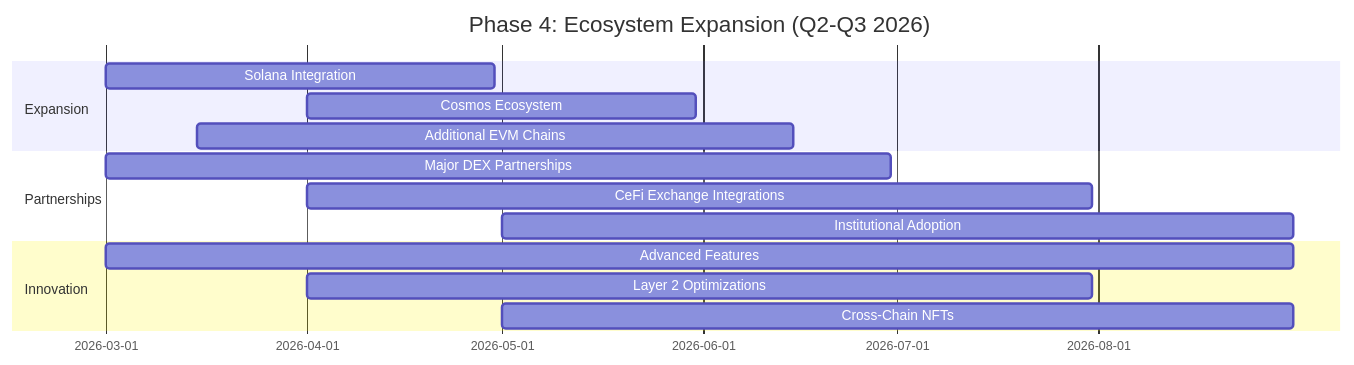
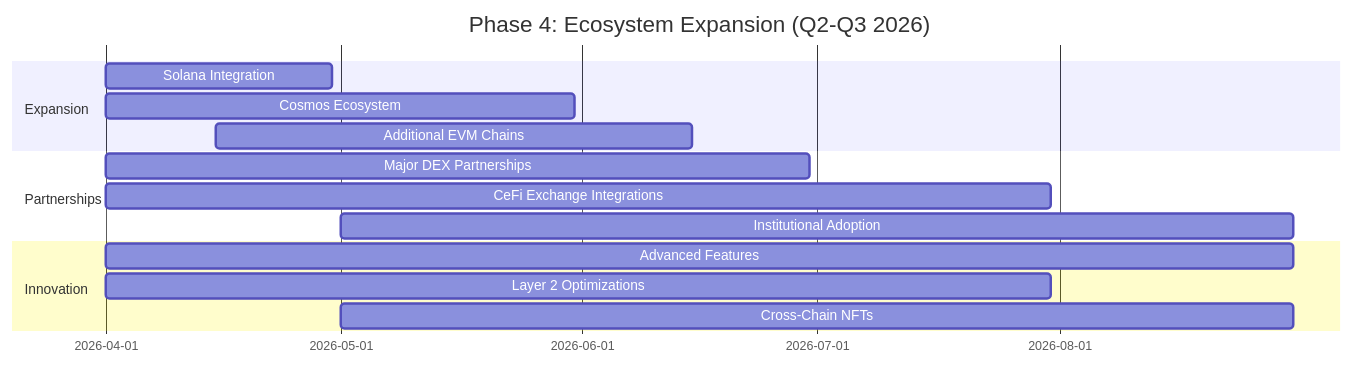
One commit to DINetworks/DI-U2U-Protocol changed the third of 4 diagrams in ROADMAP.md. Above: the diagram before and after it, drawn with Mermaid. The commit also changed other lines of this file, not shown here.

````diff
--- a/ROADMAP.md
+++ b/ROADMAP.md
@@ -101,17 +101,17 @@
 ```mermaid
 gantt
     title Phase 4: Ecosystem Expansion (Q2-Q3 2026)
     dateFormat YYYY-MM-DD
     section Expansion
-    Solana Integration       :2026-03-01, 2026-04-30
+    Solana Integration       :2026-04-01, 2026-04-30
     Cosmos Ecosystem         :2026-04-01, 2026-05-31
-    Additional EVM Chains     :2026-03-15, 2026-06-15
+    Additional EVM Chains     :2026-04-15, 2026-06-15
     section Partnerships
-    Major DEX Partnerships   :2026-03-01, 2026-06-30
+    Major DEX Partnerships   :2026-04-01, 2026-06-30
     CeFi Exchange Integrations:2026-04-01, 2026-07-31
     Institutional Adoption    :2026-05-01, 2026-08-31
     section Innovation
-    Advanced Features        :2026-03-01, 2026-08-31
+    Advanced Features        :2026-04-01, 2026-08-31
     Layer 2 Optimizations    :2026-04-01, 2026-07-31
     Cross-Chain NFTs         :2026-05-01, 2026-08-31
 ```
````
